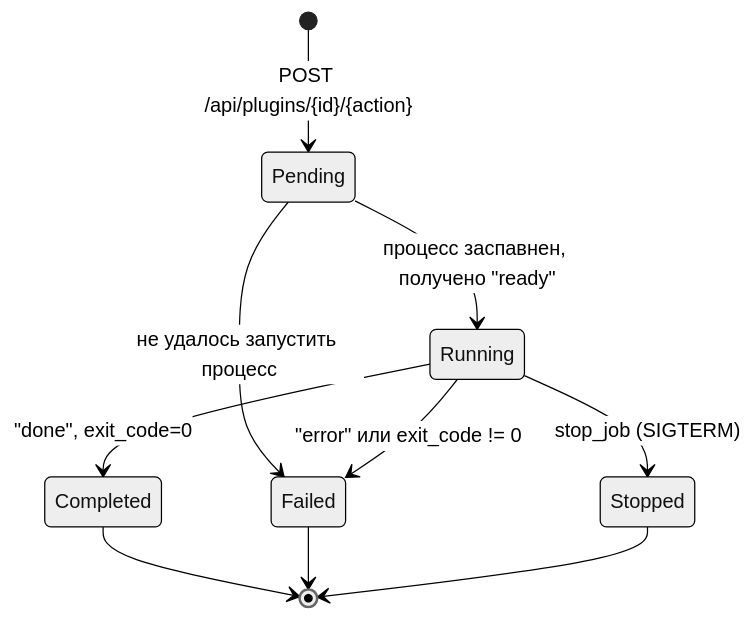
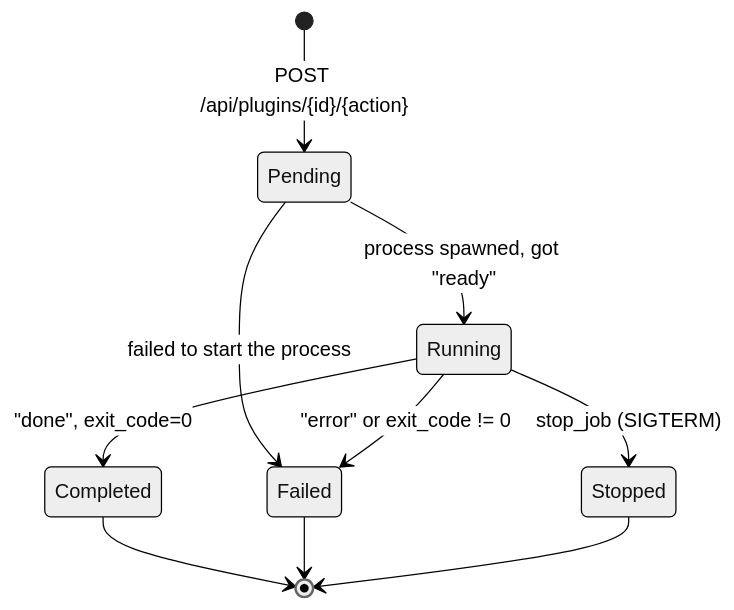
The diagram in arch.md (Atarity/flipctl), drawn with Mermaid (neutral theme) before and after one commit. The commit also changed other lines of this file and 12 other files, not shown here.

````diff
--- a/arch.md
+++ b/arch.md
@@ -97,12 +64,12 @@
   ```mermaid
   stateDiagram-v2
       [*] --> Pending: POST /api/plugins/{id}/{action}
-      Pending --> Running: процесс заспавнен, получено "ready"
-      Pending --> Failed: не удалось запустить процесс
+      Pending --> Running: process spawned, got "ready"
+      Pending --> Failed: failed to start the process
       Running --> Completed: "done", exit_code=0
-      Running --> Failed: "error" или exit_code != 0
+      Running --> Failed: "error" or exit_code != 0
       Running --> Stopped: stop_job (SIGTERM)
       Completed --> [*]
       Failed --> [*]
       Stopped --> [*]
   ```
````
